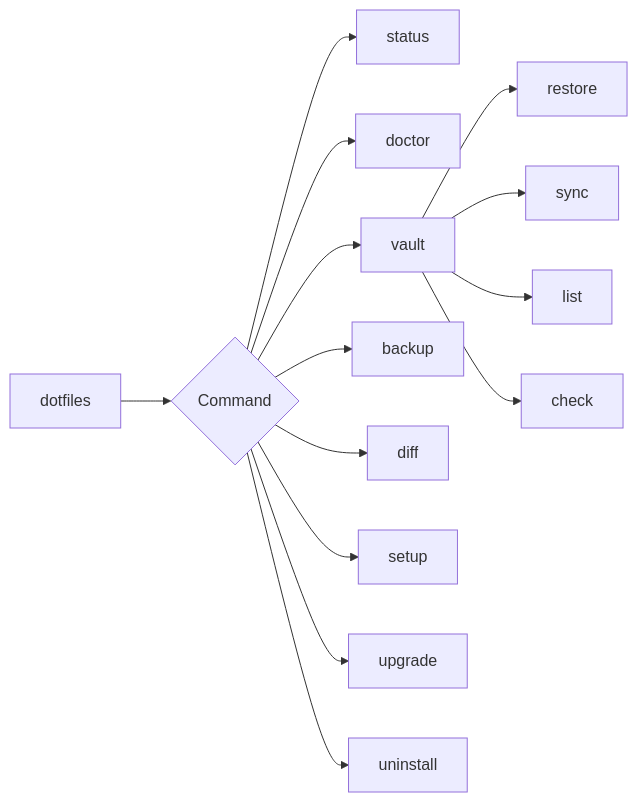
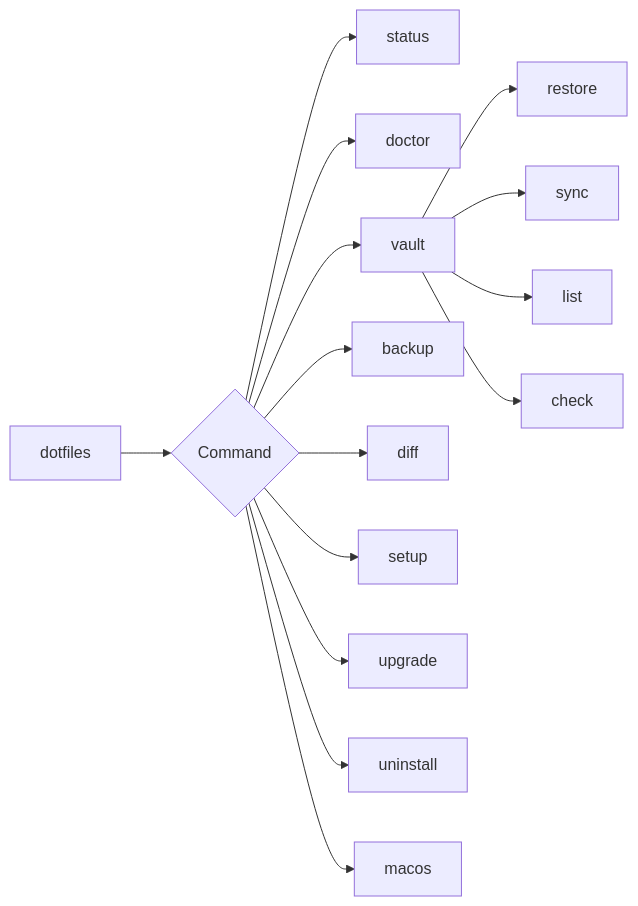
Before and after one commit to blackwell-systems/blackdot: the second of 8 diagrams in docs/architecture.md, drawn with Mermaid.

Commit message:
docs: Add macos command to architecture diagram

````diff
--- a/docs/architecture.md
+++ b/docs/architecture.md
@@ -44,17 +44,18 @@
 ```mermaid
 graph LR
     A[dotfiles] --> B{Command}
     B --> C[status]
     B --> D[doctor]
     B --> E[vault]
     B --> F[backup]
     B --> G[diff]
     B --> H[setup]
     B --> I[upgrade]
     B --> J[uninstall]
+    B --> K[macos]
 
     E --> E1[restore]
     E --> E2[sync]
     E --> E3[list]
     E --> E4[check]
 ```
````
